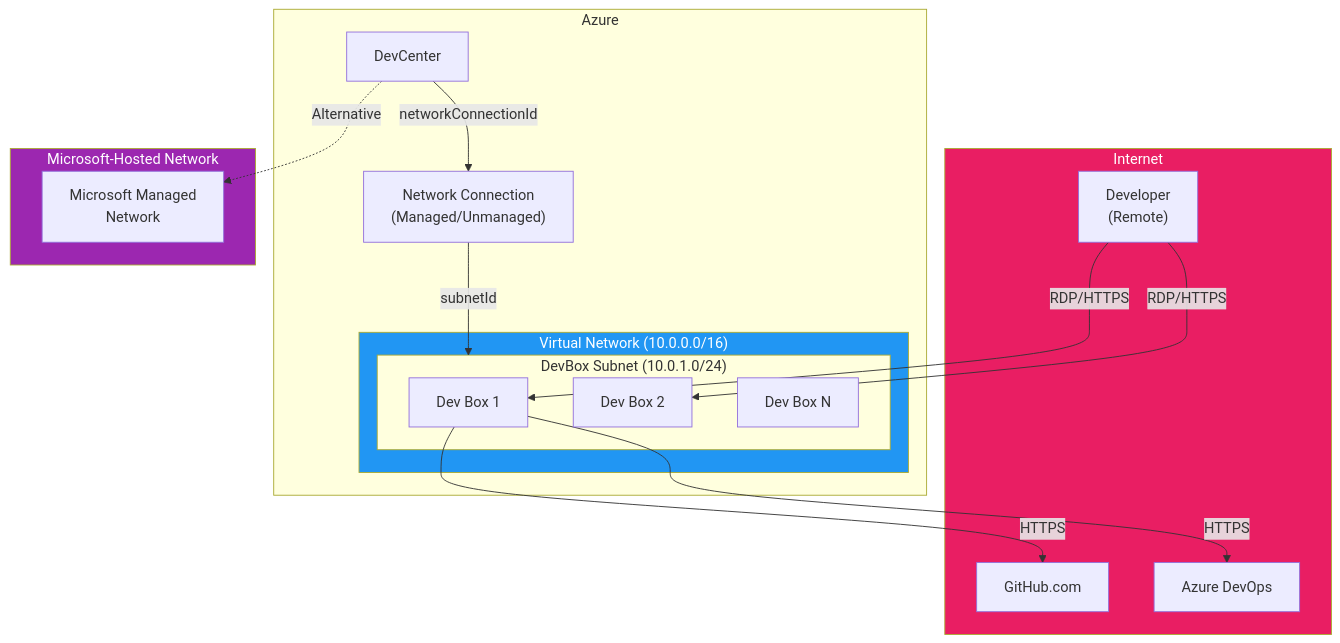
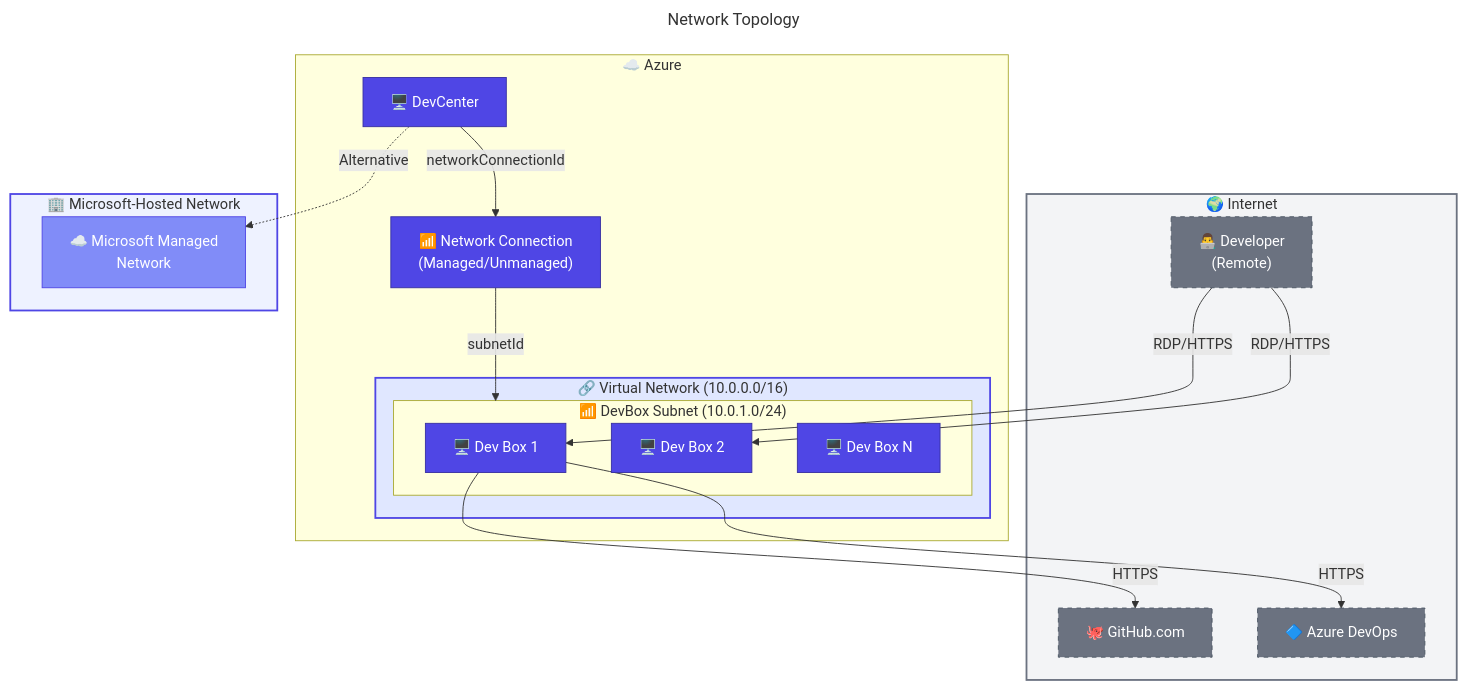
One commit to Evilazaro/DevExp-DevBox changed the fourth of 9 diagrams in docs/architecture/04-technology-architecture.md. Above: the diagram before and after it, drawn with Mermaid. The commit also changed other lines of this file, not shown here.

Commit message:
Enhance documentation for network and Dev Box architecture by adding emojis, improving diagram styles, and refining connections for better clarity and navigation.

````diff
--- a/docs/architecture/04-technology-architecture.md
+++ b/docs/architecture/04-technology-architecture.md
@@ -369,40 +369,56 @@
 ```mermaid
+---
+title: Network Topology
+---
 flowchart TB
-    subgraph Internet["Internet"]
-        DEV["Developer\n(Remote)"]
-        GH["GitHub.com"]
-        ADO["Azure DevOps"]
+    %% ===== INTERNET =====
+    subgraph Internet["🌍 Internet"]
+        DEV["👨‍💻 Developer<br/>(Remote)"]
+        GH["🐙 GitHub.com"]
+        ADO["🔷 Azure DevOps"]
     end
     
-    subgraph Azure["Azure"]
-        subgraph VNet["Virtual Network (10.0.0.0/16)"]
-            subgraph Subnet["DevBox Subnet (10.0.1.0/24)"]
-                DB1["Dev Box 1"]
-                DB2["Dev Box 2"]
-                DB3["Dev Box N"]
+    %% ===== AZURE =====
+    subgraph Azure["☁️ Azure"]
+        subgraph VNet["🔗 Virtual Network (10.0.0.0/16)"]
+            subgraph Subnet["📶 DevBox Subnet (10.0.1.0/24)"]
+                DB1["🖥️ Dev Box 1"]
+                DB2["🖥️ Dev Box 2"]
+                DB3["🖥️ Dev Box N"]
             end
         end
         
-        NC["Network Connection\n(Managed/Unmanaged)"]
-        DC["DevCenter"]
+        NC["📶 Network Connection<br/>(Managed/Unmanaged)"]
+        DC["🖥️ DevCenter"]
     end
     
-    subgraph MSHosted["Microsoft-Hosted Network"]
-        MHN["Microsoft Managed\nNetwork"]
+    %% ===== MS HOSTED =====
+    subgraph MSHosted["🏢 Microsoft-Hosted Network"]
+        MHN["☁️ Microsoft Managed<br/>Network"]
     end
     
-    DEV -->|"RDP/HTTPS"| DB1
-    DEV -->|"RDP/HTTPS"| DB2
+    %% ===== CONNECTIONS =====
+    DEV -->|RDP/HTTPS| DB1
+    DEV -->|RDP/HTTPS| DB2
     
-    DB1 -->|"HTTPS"| GH
-    DB1 -->|"HTTPS"| ADO
+    DB1 -->|HTTPS| GH
+    DB1 -->|HTTPS| ADO
     
-    DC -->|"networkConnectionId"| NC
-    NC -->|"subnetId"| Subnet
+    DC -->|networkConnectionId| NC
+    NC -->|subnetId| Subnet
     
-    DC -.->|"Alternative"| MHN
+    DC -.->|Alternative| MHN
     
-    style Internet fill:#E91E63,color:#fff
-    style VNet fill:#2196F3,color:#fff
-    style MSHosted fill:#9C27B0,color:#fff
+    %% ===== STYLES =====
+    classDef external fill:#6B7280,stroke:#4B5563,color:#FFFFFF,stroke-dasharray:5 5
+    classDef primary fill:#4F46E5,stroke:#3730A3,color:#FFFFFF
+    classDef trigger fill:#818CF8,stroke:#4F46E5,color:#FFFFFF
+    
+    class DEV,GH,ADO external
+    class DB1,DB2,DB3,NC,DC primary
+    class MHN trigger
+    
+    style Internet fill:#F3F4F6,stroke:#6B7280,stroke-width:2px
+    style VNet fill:#E0E7FF,stroke:#4F46E5,stroke-width:2px
+    style MSHosted fill:#EEF2FF,stroke:#4F46E5,stroke-width:2px
 ```
````
